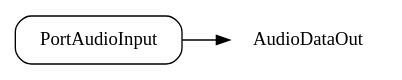
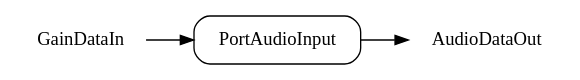
Before and after one commit to yosuke/OpenHRIAudio: the diagram in doc/portaudioinput-ja.rst, drawn with Graphviz. The commit also changed other lines of this file and 23 other files, not shown here.

```diff
--- a/doc/portaudioinput-ja.rst
+++ b/doc/portaudioinput-ja.rst
@@ -25,6 +26,8 @@
 .. digraph:: comp
 
    rankdir=LR;
    PortAudioInput [shape=Mrecord, label="PortAudioInput"];
+   GainDataIn [shape=plaintext, label="GainDataIn"];
+   GainDataIn -> PortAudioInput;
    AudioDataOut [shape=plaintext, label="AudioDataOut"];
    PortAudioInput -> AudioDataOut;
```
